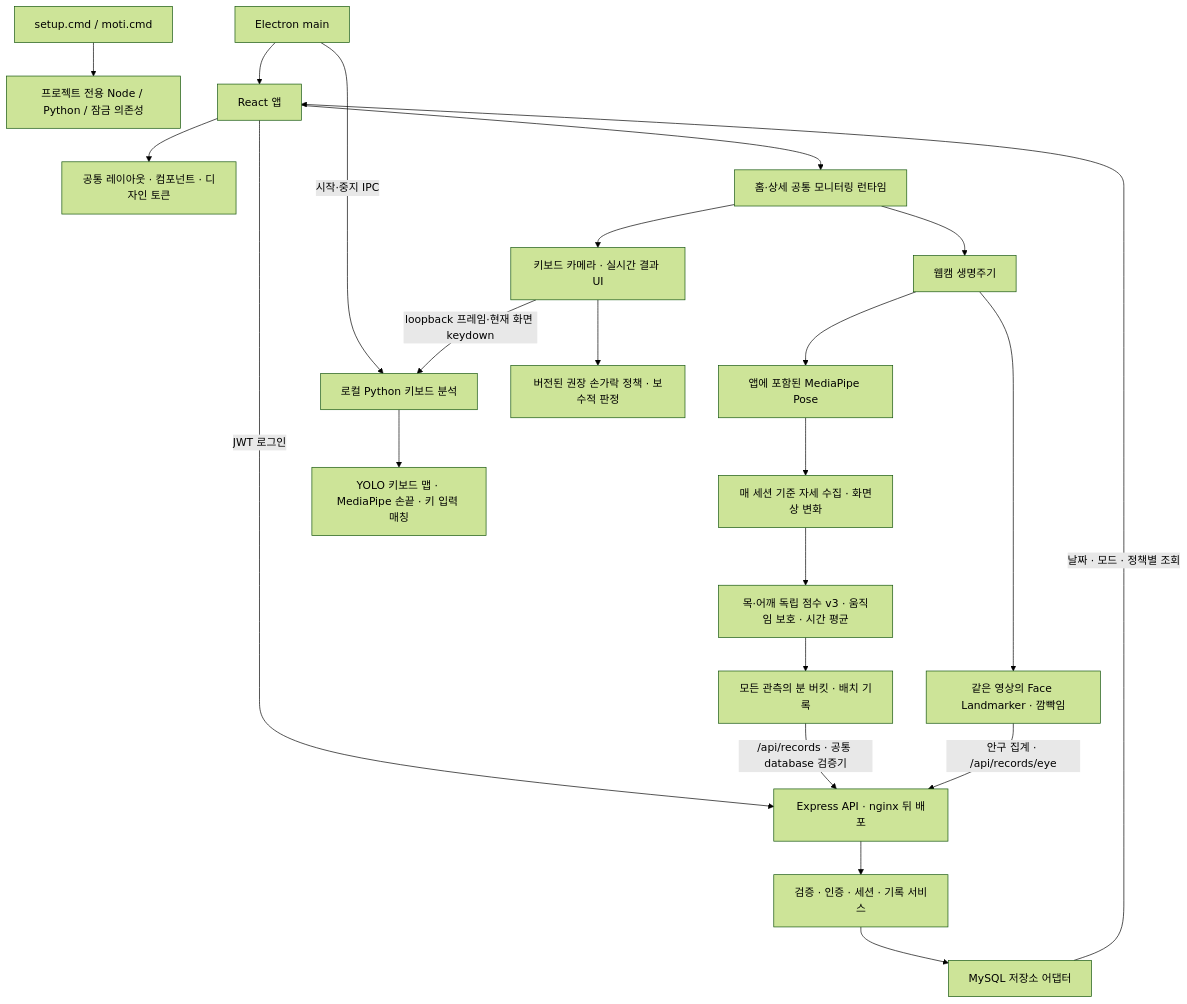
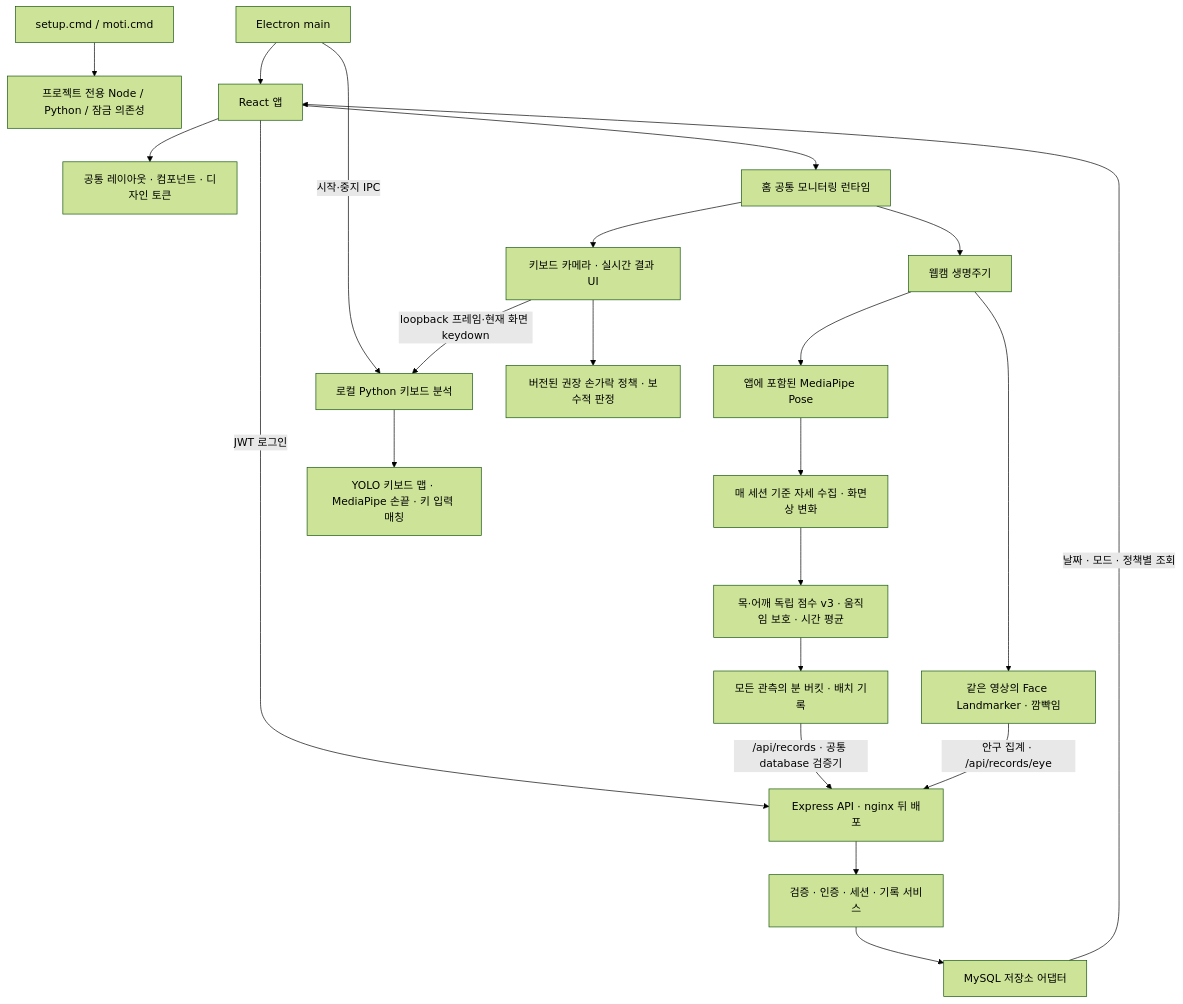
The diagram in docs/architecture.md (Attraaa/Graduation-Project), drawn with Mermaid (forest theme) before and after one commit. The commit also changed other lines of this file and 30 other files, not shown here.

````diff
--- a/docs/architecture.md
+++ b/docs/architecture.md
@@ -7,24 +7,24 @@
 ```mermaid
 flowchart TD
   S[setup.cmd / moti.cmd] --> T[프로젝트 전용 Node / Python / 잠금 의존성]
   E[Electron main] --> R[React 앱]
   E -->|시작·중지 IPC| K[로컬 Python 키보드 분석]
   R --> UI[공통 레이아웃 · 컴포넌트 · 디자인 토큰]
-  R --> M[홈·상세 공통 모니터링 런타임]
+  R --> M[홈 공통 모니터링 런타임]
   M --> W[웹캠 생명주기]
   W --> P[앱에 포함된 MediaPipe Pose]
   W --> EYE[같은 영상의 Face Landmarker · 깜빡임]
   P --> C[매 세션 기준 자세 수집 · 화면상 변화]
   C --> V1[목·어깨 독립 점수 v3 · 움직임 보호 · 시간 평균]
   R -->|JWT 로그인| A[Express API · nginx 뒤 배포]
   V1 --> REC[모든 관측의 분 버킷 · 배치 기록]
   REC -->|/api/records · 공통 database 검증기| A
   EYE -->|안구 집계 · /api/records/eye| A
   A --> V[검증 · 인증 · 세션 · 기록 서비스]
   V --> DB[MySQL 저장소 어댑터]
   DB -->|날짜 · 모드 · 정책별 조회| R
   M --> KM[키보드 카메라 · 실시간 결과 UI]
   KM -->|loopback 프레임·현재 화면 keydown| K
   K --> F[YOLO 키보드 맵 · MediaPipe 손끝 · 키 입력 매칭]
   KM --> FP[버전된 권장 손가락 정책 · 보수적 판정]
 ```
````
